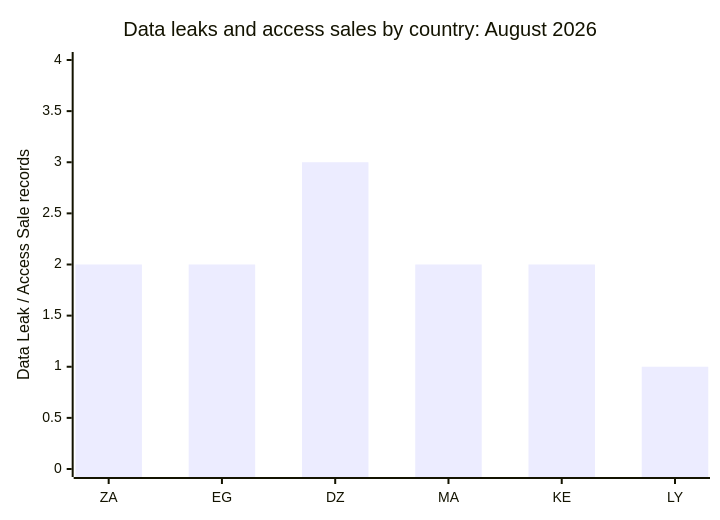
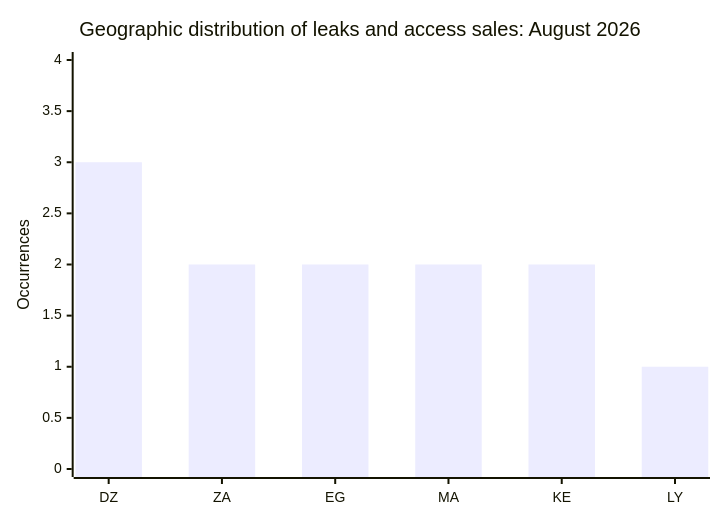
Before and after one commit to Hatchepsoute/AFRINTEL: the fifth of 10 diagrams in CyberAttackAfrica/2026/08-august/README.md, drawn with Mermaid. The commit also changed other lines of this file and 1 other file, not shown here.

````diff
--- a/CyberAttackAfrica/2026/08-august/README.md
+++ b/CyberAttackAfrica/2026/08-august/README.md
@@ -162,7 +201,7 @@
 ```mermaid
 xychart-beta
-    title "Data leaks and access sales by country: August 2026"
-    x-axis ["ZA", "EG", "DZ", "MA", "KE", "LY"]
-    y-axis "Data Leak / Access Sale records" 0 --> 4
-    bar [2, 2, 3, 2, 2, 1]
+    title "Geographic distribution of leaks and access sales: August 2026"
+    x-axis ["DZ", "ZA", "EG", "MA", "KE", "LY"]
+    y-axis "Occurrences" 0 --> 4
+    bar [3, 2, 2, 2, 2, 1]
 ```
````
